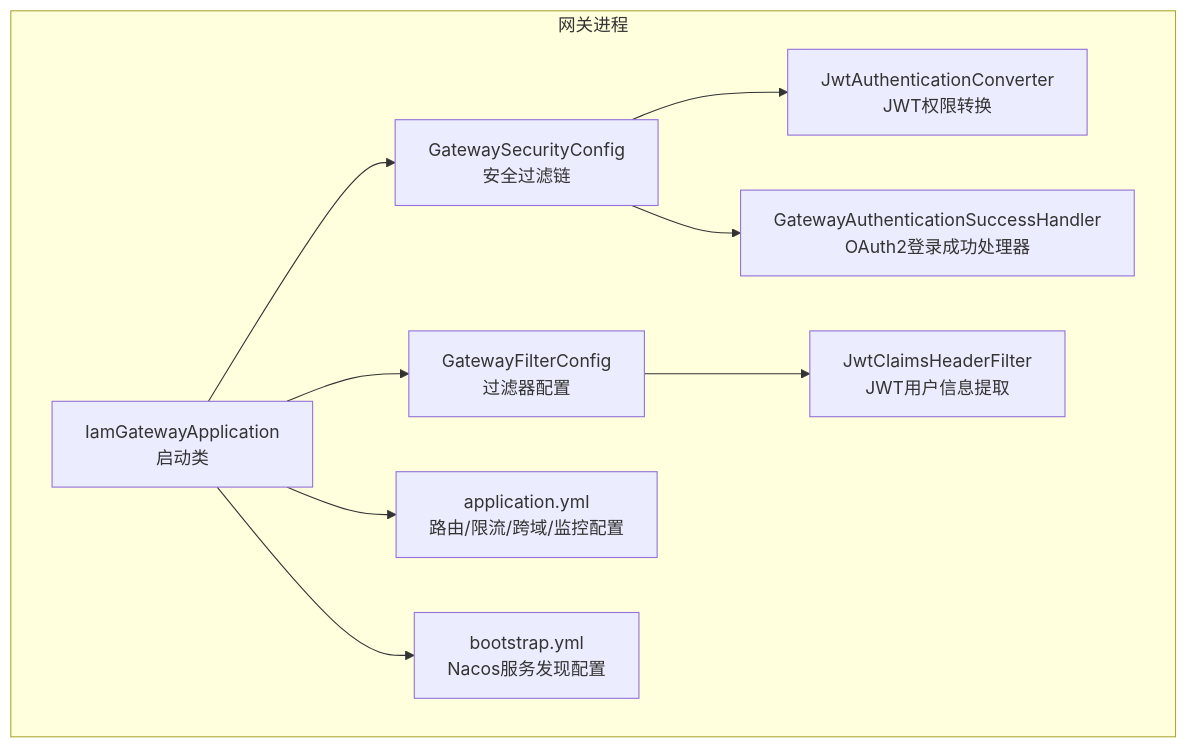
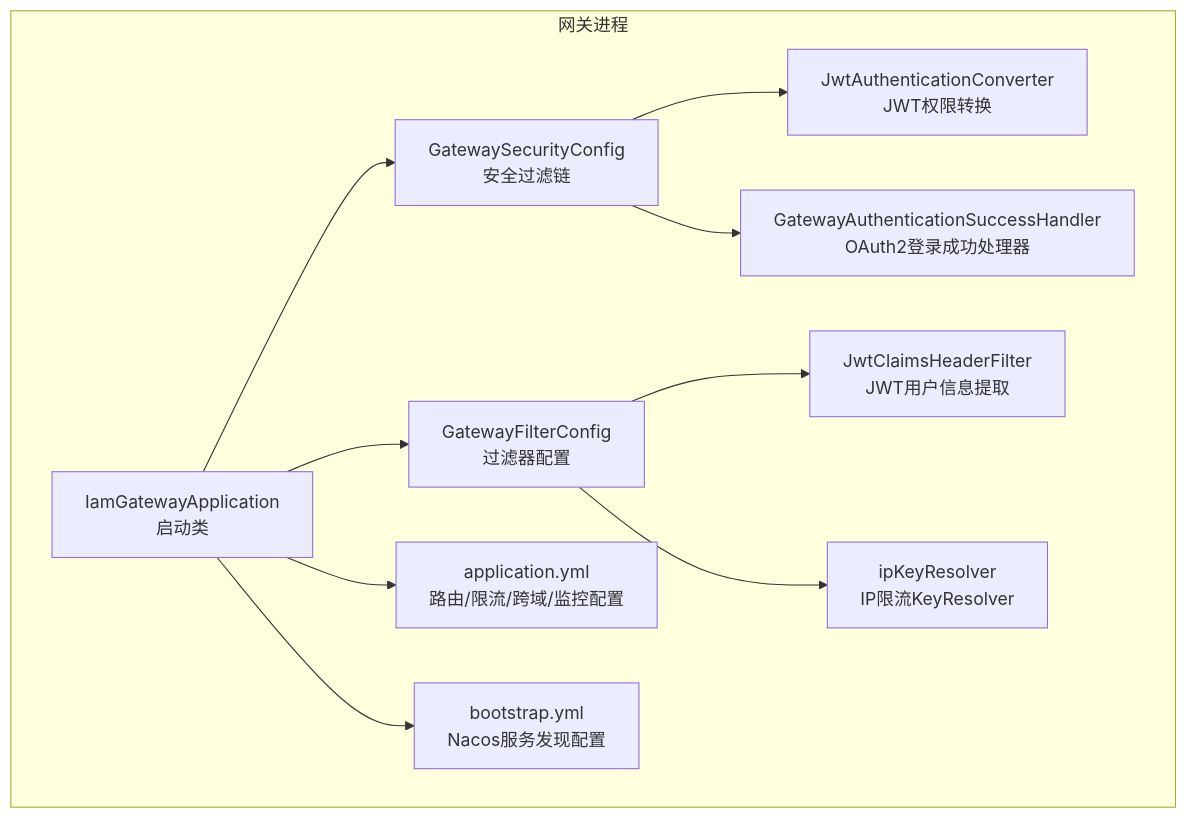
One commit to fq0121104930716/iam-platform changed the first of 8 diagrams in .qoder/repowiki/zh/content/核心模块/API网关 (iam-gateway).md. Above: the diagram before and after it, drawn with Mermaid. The commit also changed other lines of this file and 6 other files, not shown here.

````diff
--- a/.qoder/repowiki/zh/content/核心模块/API网关 (iam-gateway).md
+++ b/.qoder/repowiki/zh/content/核心模块/API网关 (iam-gateway).md
@@ -57,20 +58,22 @@
 ```mermaid
 graph TB
 subgraph "网关进程"
 A["IamGatewayApplication<br/>启动类"]
 B["GatewaySecurityConfig<br/>安全过滤链"]
 C["JwtAuthenticationConverter<br/>JWT权限转换"]
 D["GatewayAuthenticationSuccessHandler<br/>OAuth2登录成功处理器"]
 E["GatewayFilterConfig<br/>过滤器配置"]
 F["JwtClaimsHeaderFilter<br/>JWT用户信息提取"]
-G["application.yml<br/>路由/限流/跨域/监控配置"]
-H["bootstrap.yml<br/>Nacos服务发现配置"]
+G["ipKeyResolver<br/>IP限流KeyResolver"]
+H["application.yml<br/>路由/限流/跨域/监控配置"]
+I["bootstrap.yml<br/>Nacos服务发现配置"]
 end
 A --> B
 B --> C
 B --> D
 A --> E
 E --> F
-A --> G
+E --> G
 A --> H
+A --> I
 ```
````
